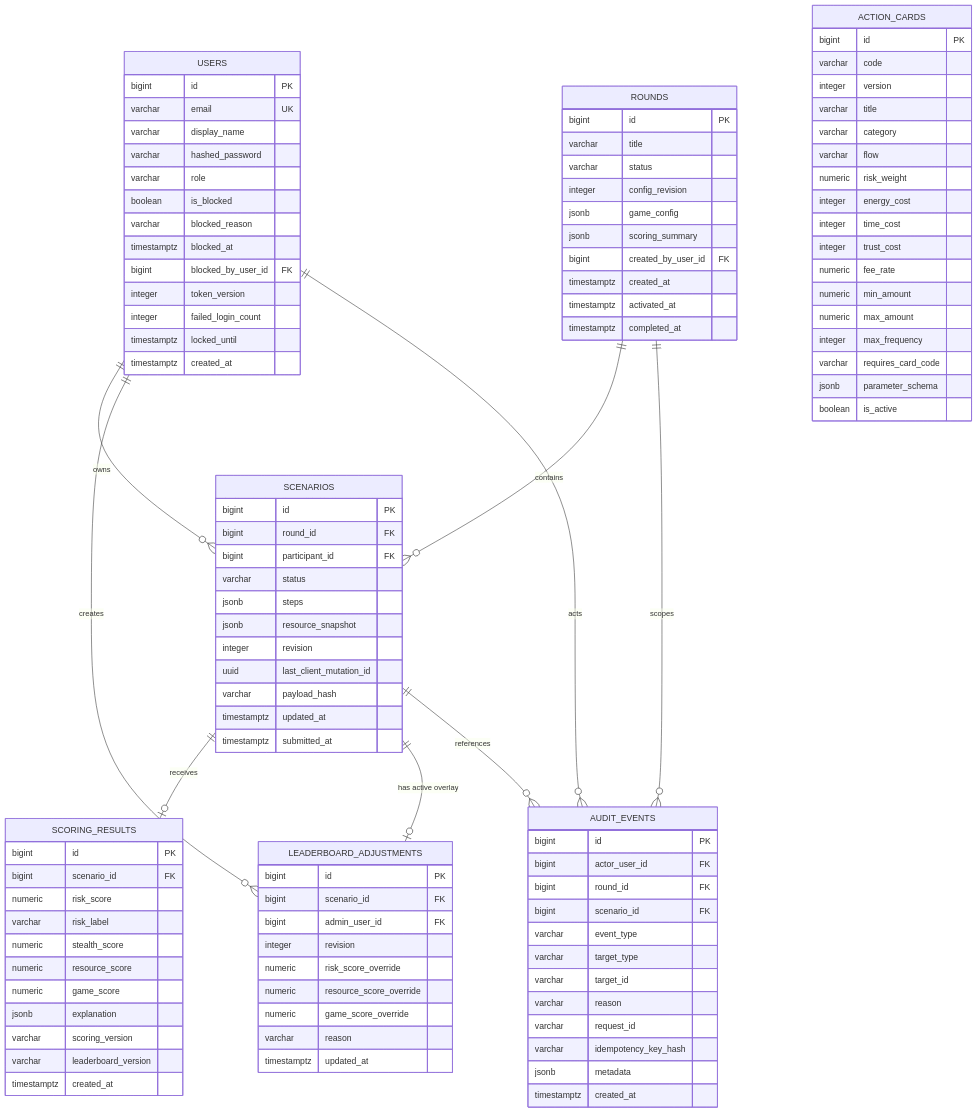
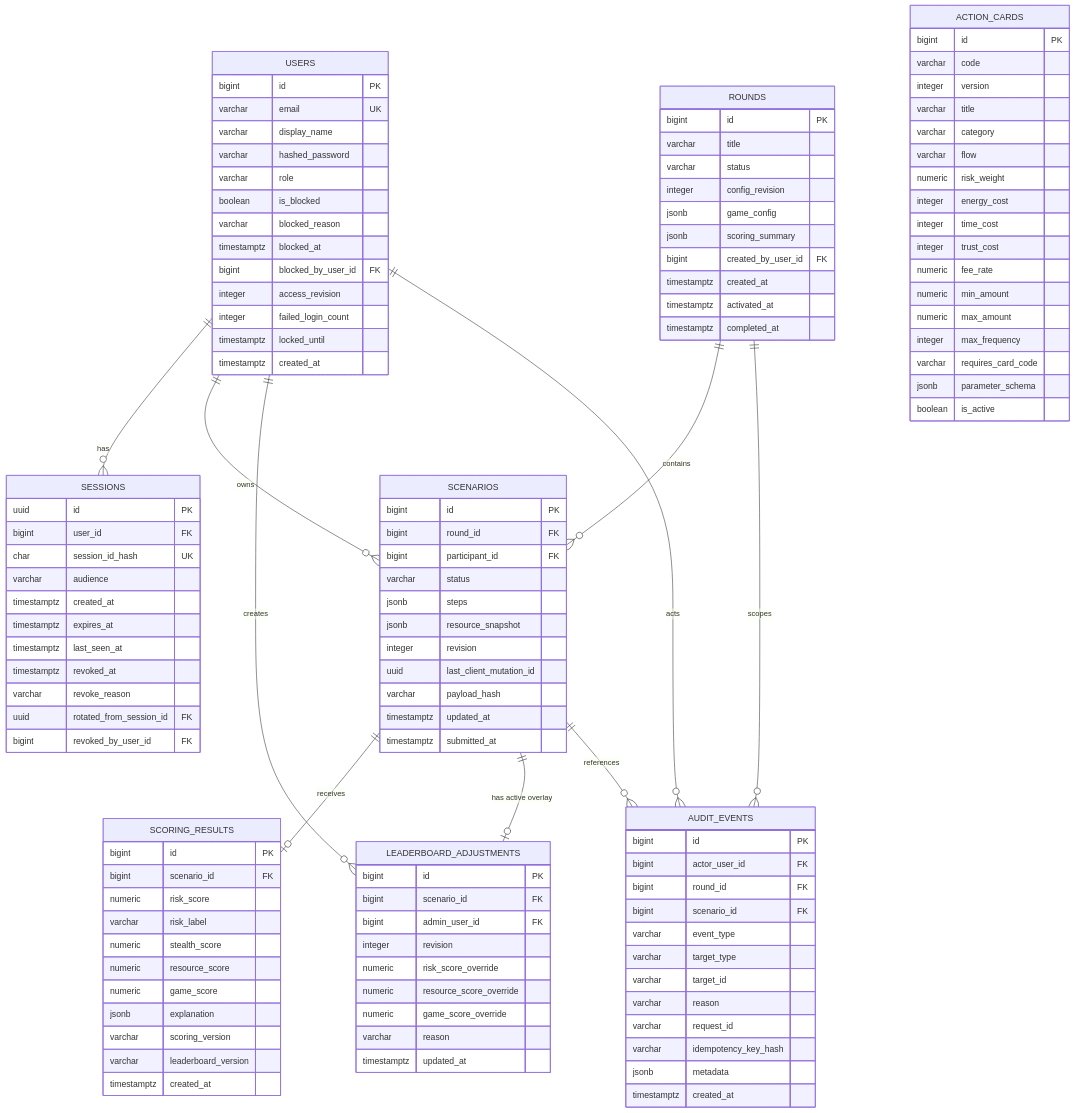
One commit to BigZet/AMLautosim changed the first of 3 diagrams in docs/data-model.md. Above: the diagram before and after it, drawn with Mermaid. The commit also changed other lines of this file and 179 other files, not shown here.

````diff
--- a/docs/data-model.md
+++ b/docs/data-model.md
@@ -28,5 +28,6 @@
 ```mermaid
 erDiagram
+    USERS ||--o{ SESSIONS : "has"
     USERS ||--o{ SCENARIOS : "owns"
     ROUNDS ||--o{ SCENARIOS : "contains"
     SCENARIOS ||--o| SCORING_RESULTS : "receives"
@@ -46,12 +47,26 @@
         varchar blocked_reason
         timestamptz blocked_at
         bigint blocked_by_user_id FK
-        integer token_version
+        integer access_revision
         integer failed_login_count
         timestamptz locked_until
         timestamptz created_at
     }
 
+
+    SESSIONS {
+        uuid id PK
+        bigint user_id FK
+        char session_id_hash UK
+        varchar audience
+        timestamptz created_at
+        timestamptz expires_at
+        timestamptz last_seen_at
+        timestamptz revoked_at
+        varchar revoke_reason
+        uuid rotated_from_session_id FK
+        bigint revoked_by_user_id FK
+    }
     ACTION_CARDS {
         bigint id PK
         varchar code
````
